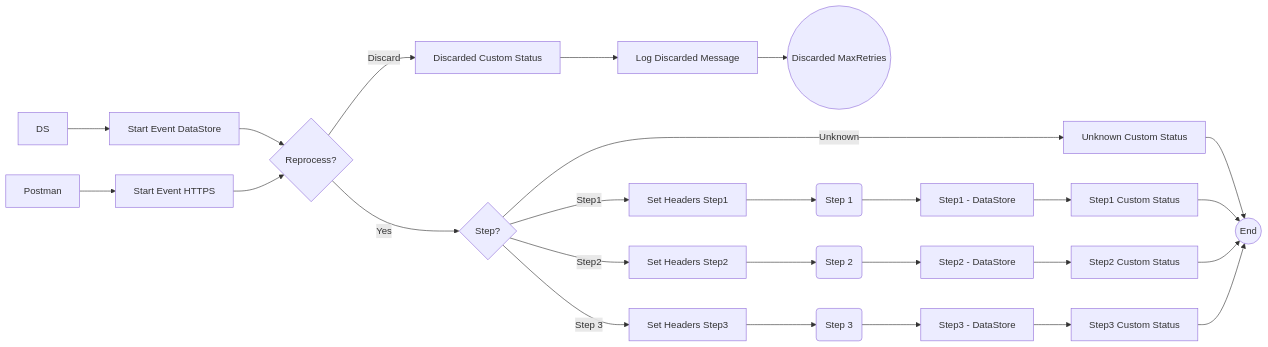
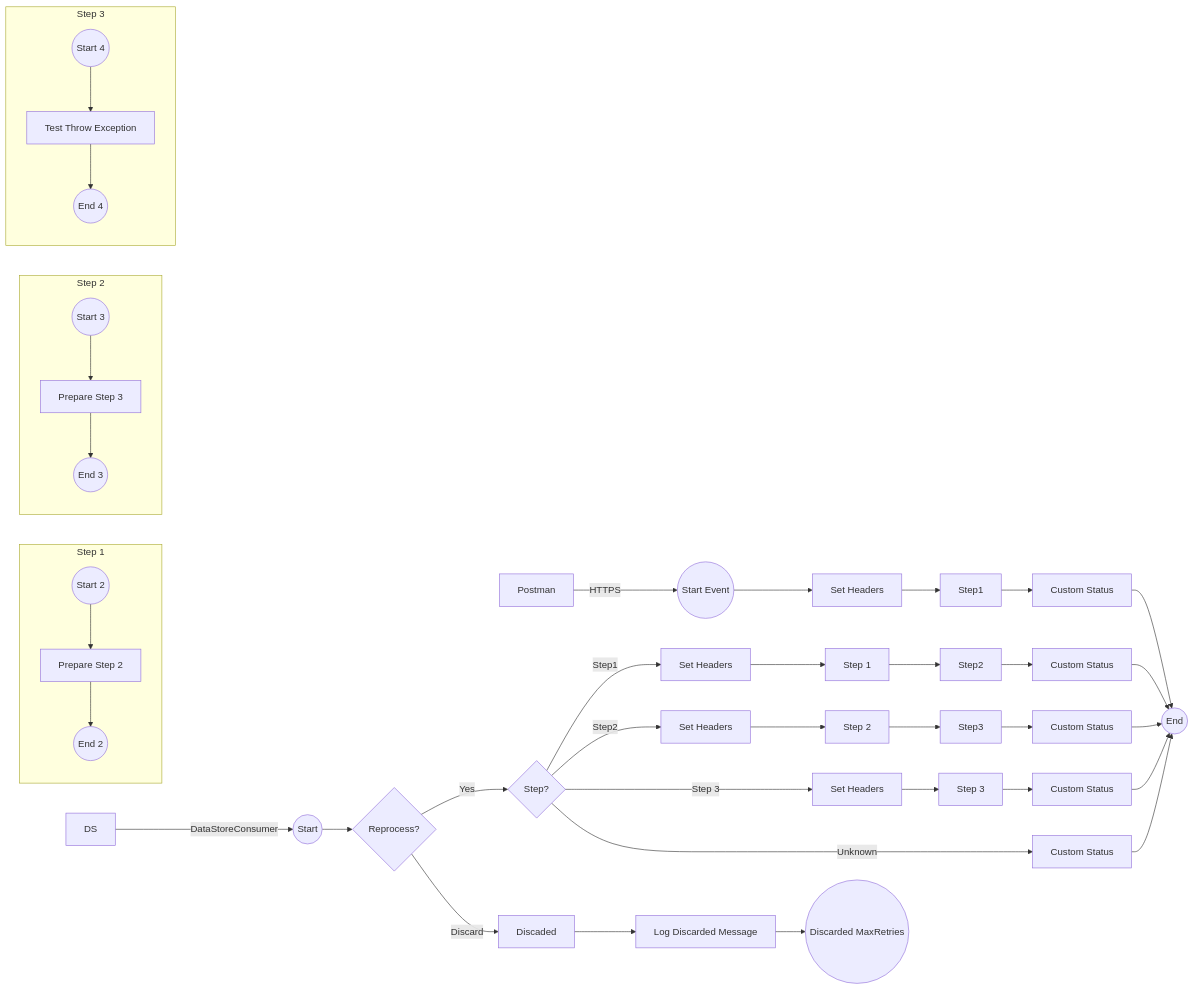
The diagram in MMZ - Cell Iflows/SEDA_Model_-_Single_DS_-_Restart_and_Discard_MMZ-1.0.0/readme.md (Avvale-IA-CICD/AvvaleCPI), drawn with Mermaid before and after one commit. The commit also changed other lines of this file, not shown here.

Commit message:
Add/update documentation for SEDA_Model_-_Single_DS_-_Restart_and_Discard_MMZ v1.0.0

````diff
--- a/MMZ - Cell Iflows/SEDA_Model_-_Single_DS_-_Restart_and_Discard_MMZ-1.0.0/readme.md
+++ b/MMZ - Cell Iflows/SEDA_Model_-_Single_DS_-_Restart_and_Discard_MMZ-1.0.0/readme.md
@@ -4,28 +4,54 @@
 ```mermaid
-graph LR
-    Postman --> HTTPS[Start Event HTTPS]
-    DS --> DataStoreConsumer[Start Event DataStore]
-    DataStoreConsumer --> Reprocess{Reprocess?}
-    HTTPS --> Reprocess
-    Reprocess -- Yes --> StepCheck{Step?}
-    Reprocess -- Discard --> Discarded[Discarded Custom Status]
+flowchart LR
+    Postman[Postman]
+    DS[DS]
+
+    Postman -- HTTPS --> StartEvent_12079784((Start Event))
+    DS -- DataStoreConsumer --> StartEvent_2((Start))
+
+    StartEvent_12079784 --> SetHeaders0[Set Headers]
+    StartEvent_2 --> Reprocess{Reprocess?}
+    Reprocess -- Yes --> StepGateway{Step?}
+    Reprocess -- Discard --> Discarded[Discaded]
     Discarded --> LogDiscarded[Log Discarded Message]
-    LogDiscarded --> DiscardEnd((Discarded MaxRetries))
-    StepCheck -- Step1 --> SetHeaders1[Set Headers Step1]
-    StepCheck -- Step2 --> SetHeaders2[Set Headers Step2]
-    StepCheck -- Step 3 --> SetHeaders3[Set Headers Step3]
-    StepCheck -- Unknown --> UnknownStep[Unknown Custom Status]
+    LogDiscarded --> DiscardedMaxRetries((Discarded MaxRetries))
+
+    StepGateway -- Step1 --> SetHeaders1[Set Headers]
+    StepGateway -- Step2 --> SetHeaders2[Set Headers]
+    StepGateway -- Step 3 --> SetHeaders3[Set Headers]
+    StepGateway -- Unknown --> UnknownStep[Custom Status]
     UnknownStep --> End((End))
-    SetHeaders1 --> Step1(Step 1)
-    SetHeaders2 --> Step2(Step 2)
-    SetHeaders3 --> Step3(Step 3)
-    Step1 --> DBStorage1[Step1 - DataStore]
-    Step2 --> DBStorage2[Step2 - DataStore]
-    Step3 --> DBStorage3[Step3 - DataStore]
-    DBStorage1 --> Step1Status[Step1 Custom Status]
-    DBStorage2 --> Step2Status[Step2 Custom Status]
-    DBStorage3 --> Step3Status[Step3 Custom Status]
-    Step1Status --> End
-    Step2Status --> End
-    Step3Status --> End
+
+    SetHeaders0 --> Step1_DS[Step1]
+    Step1_DS --> CustomStatus0[Custom Status]
+    CustomStatus0 --> End
+
+    SetHeaders1 --> Step1[Step 1]
+    Step1 --> Step2_DS[Step2]
+    Step2_DS --> CustomStatus1[Custom Status]
+    CustomStatus1 --> End
+
+    SetHeaders2 --> Step2[Step 2]
+    Step2 --> Step3_DS[Step3]
+    Step3_DS --> CustomStatus2[Custom Status]
+    CustomStatus2 --> End
+
+    SetHeaders3 --> Step3[Step 3]
+    Step3 --> CustomStatus3[Custom Status]
+    CustomStatus3 --> End
+
+    subgraph Step1Process [Step 1]
+        StartEvent_37((Start 2)) --> PrepareStep2[Prepare Step 2]
+        PrepareStep2 --> EndEvent_38((End 2))
+    end
+
+    subgraph Step2Process [Step 2]
+        StartEvent_41((Start 3)) --> PrepareStep3[Prepare Step 3]
+        PrepareStep3 --> EndEvent_42((End 3))
+    end
+
+    subgraph Step3Process [Step 3]
+        StartEvent_45((Start 4)) --> TestThrowException[Test Throw Exception]
+        TestThrowException --> EndEvent_46((End 4))
+    end
 ```
````
